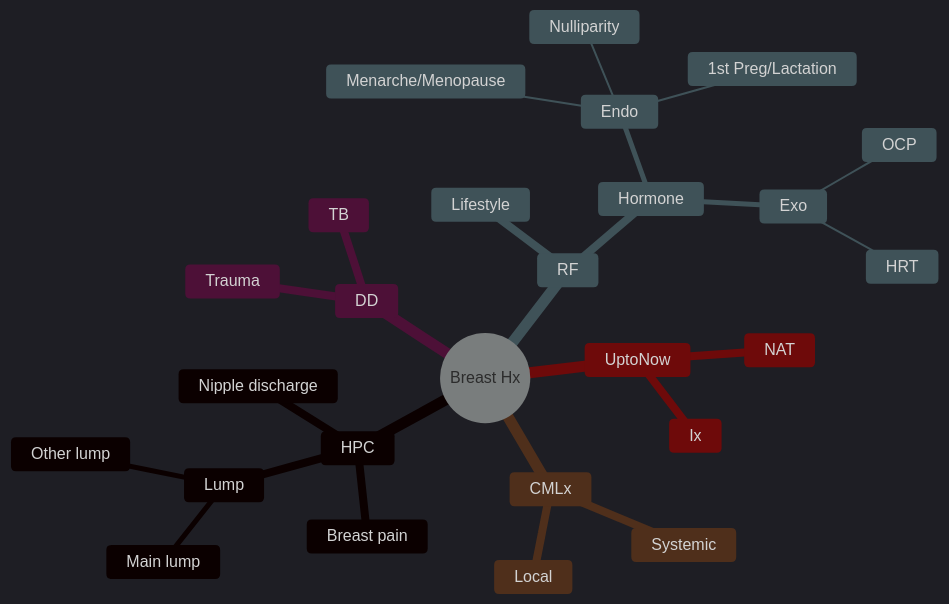
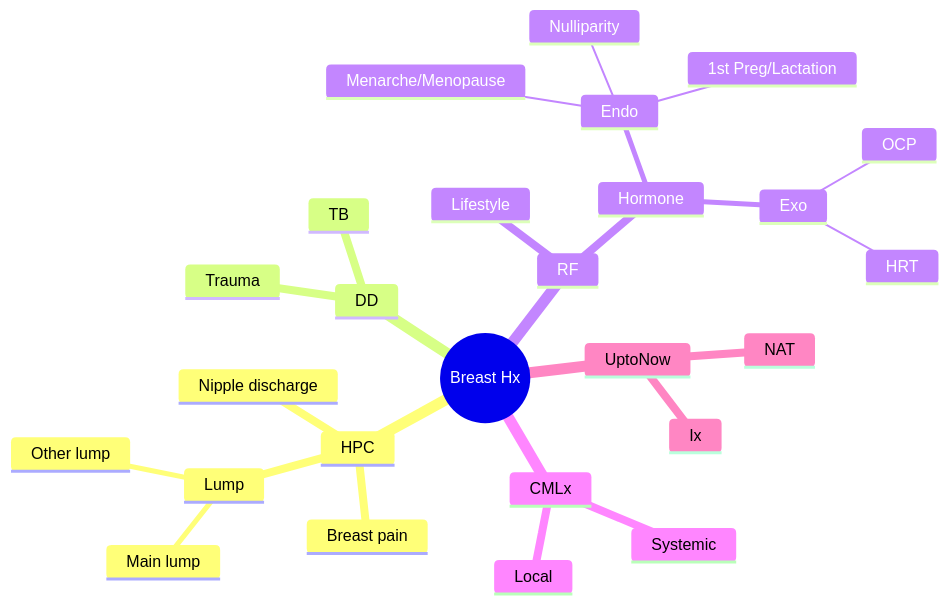
One commit to afdhaal/Surgaid.github.io changed the first of 2 diagrams in content/docs/surgery/Longcase/BreastEndo/BreastCA/index.md. Above: the diagram before and after it, drawn with Mermaid. The commit also changed 38 other files, not shown here.

````diff
--- a/content/docs/surgery/Longcase/BreastEndo/BreastCA/index.md
+++ b/content/docs/surgery/Longcase/BreastEndo/BreastCA/index.md
@@ -23,30 +23,29 @@
 ```mermaid
-%%{init: {'theme': 'dark'}}%%
 mindmap
 	root((Breast Hx))
 		HPC
 			Lump
 				Main lump
 				Other lump
 			Nipple discharge
 			Breast pain
 		DD
 			TB
 			Trauma
 		RF
 			Hormone
 				Endo
 					Menarche/Menopause
 					1st Preg/Lactation
 					Nulliparity
 				Exo
 					OCP
 					HRT
 			Lifestyle
 		CMLx
 			Local
 			Systemic
 		UptoNow
 			Ix
 			NAT
 ``` 
````
